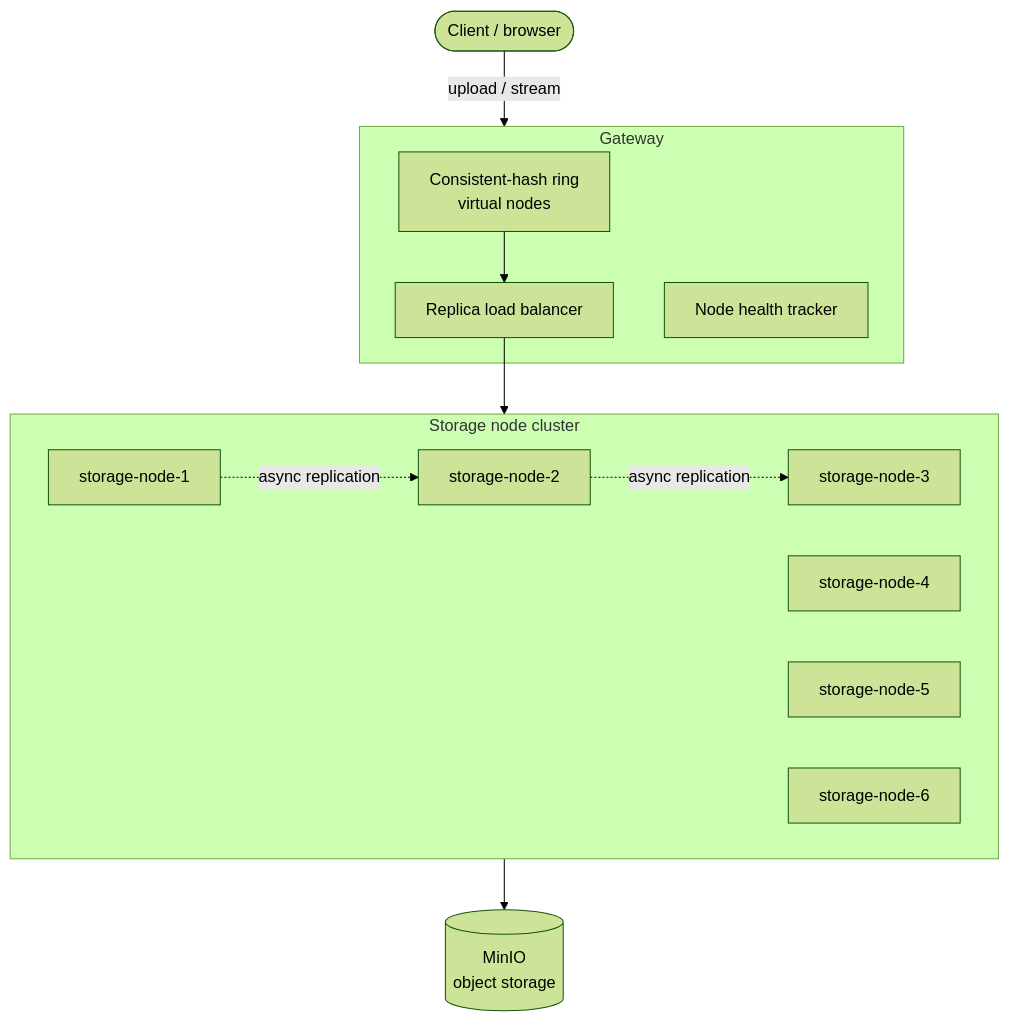
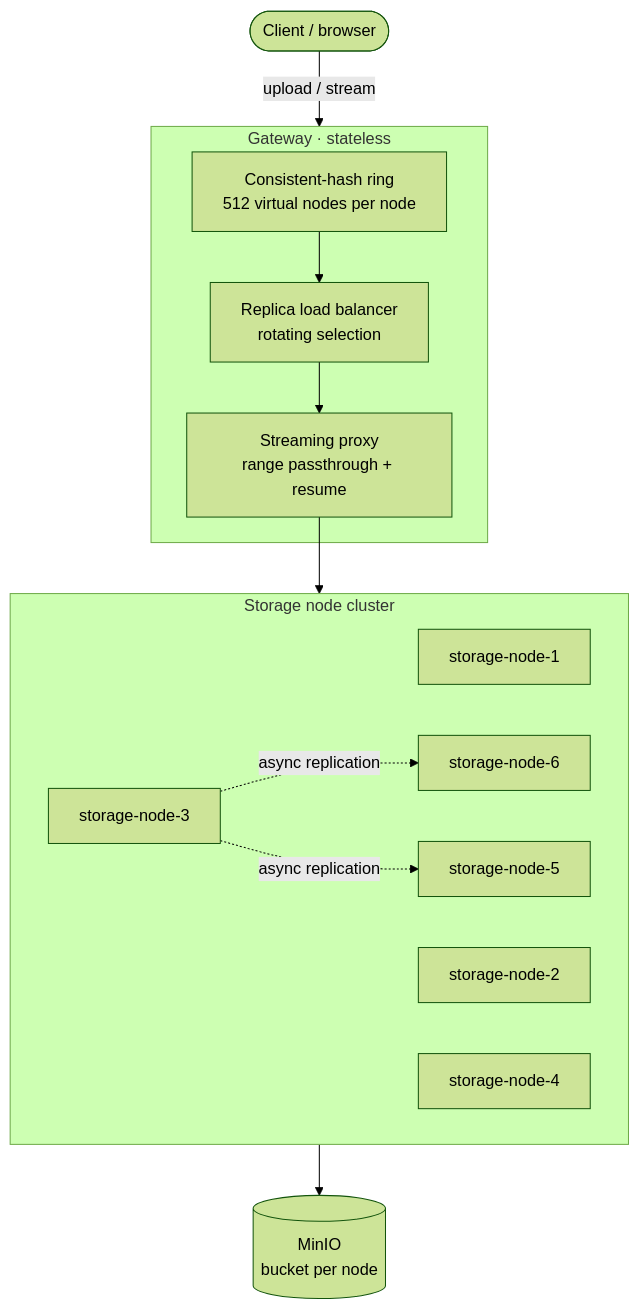
One commit to tanwar-div/heimdall-dot-net changed the diagram in README.md. Above: the diagram before and after it, drawn with Mermaid (forest theme). The commit also changed other lines of this file and 62 other files, not shown here.

First line of the commit message:
Implement the Heimdall cluster: gateway, storage node, shared ring

````diff
--- a/README.md
+++ b/README.md
@@ -39,27 +60,27 @@
 ```mermaid
 flowchart TB
     Client([Client / browser])
 
-    subgraph GW[Gateway]
-        Ring[Consistent-hash ring<br/>virtual nodes]
-        LB[Replica load balancer]
-        Health[Node health tracker]
+    subgraph GW[Gateway · stateless]
+        Ring[Consistent-hash ring<br/>512 virtual nodes per node]
+        LB[Replica load balancer<br/>rotating selection]
+        Proxy[Streaming proxy<br/>range passthrough + resume]
     end
 
     subgraph Cluster[Storage node cluster]
         N1[storage-node-1]
         N2[storage-node-2]
         N3[storage-node-3]
         N4[storage-node-4]
         N5[storage-node-5]
         N6[storage-node-6]
     end
 
-    MinIO[(MinIO<br/>object storage)]
+    MinIO[(MinIO<br/>bucket per node)]
 
     Client -->|upload / stream| GW
-    Ring --> LB --> Cluster
-    N1 -. async replication .-> N2
-    N2 -. async replication .-> N3
+    Ring --> LB --> Proxy --> Cluster
+    N3 -. async replication .-> N6
+    N3 -. async replication .-> N5
     Cluster --> MinIO
 ```
````
